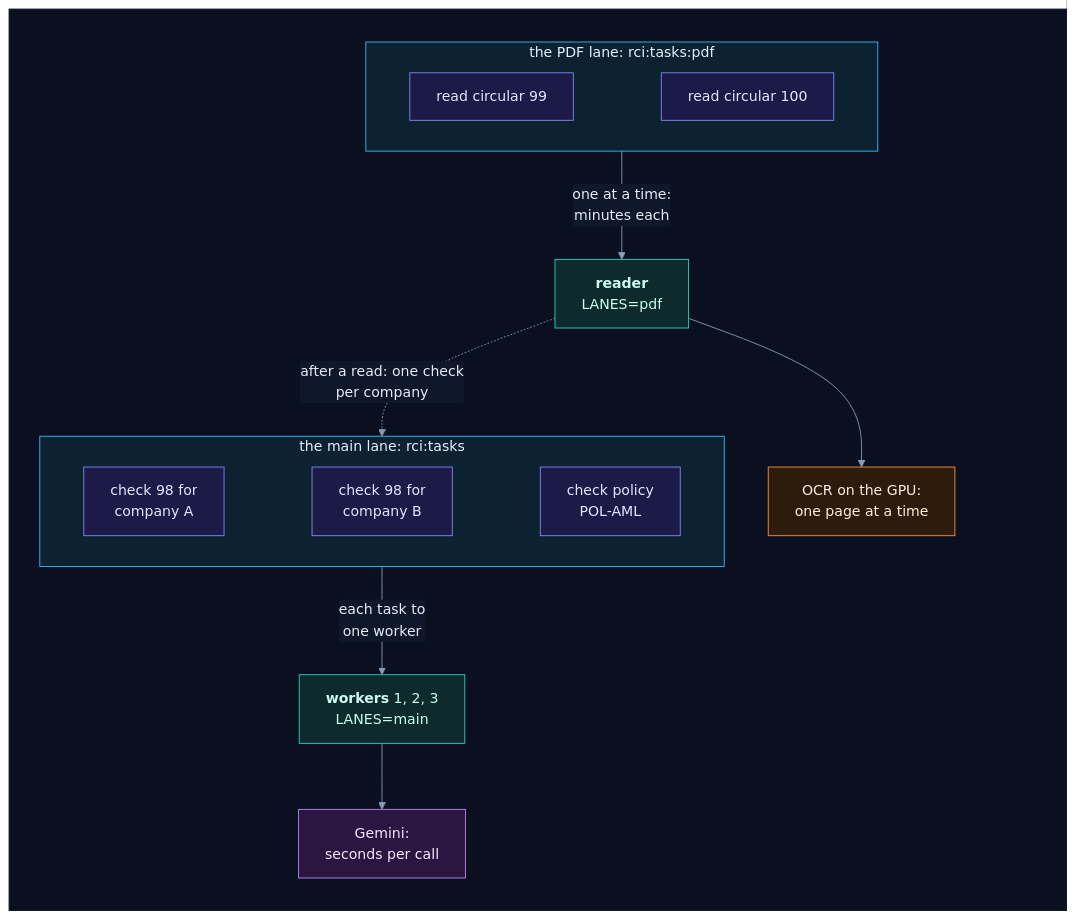
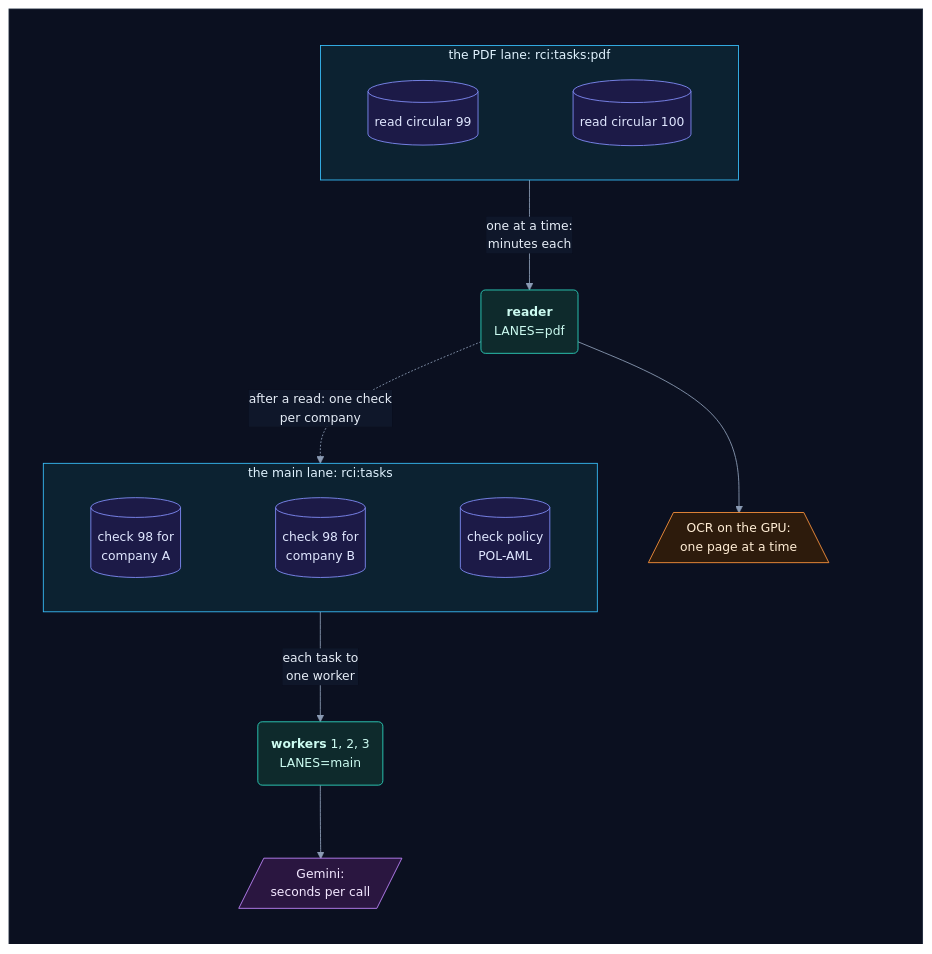
One commit to selvakumarperumal/Regulatory_Circular_Impact_Agent changed the seventh of 21 diagrams in how_the_worker_works.md. Above: the diagram before and after it, drawn with Mermaid. The commit also changed other lines of this file and 5 other files, not shown here.

Commit message:
Give the docs' flowcharts a shape per kind of part, more room and slightly smaller text

````diff
--- a/how_the_worker_works.md
+++ b/how_the_worker_works.md
@@ -544,38 +544,38 @@
 ```mermaid
-%%{init: {"theme": "base", "flowchart": {"diagramPadding": 0}, "themeVariables": {"darkMode": true, "primaryColor": "#16213a", "primaryTextColor": "#e6edf7", "primaryBorderColor": "#475a7a", "lineColor": "#8b9bb4", "secondaryColor": "#1b2436", "tertiaryColor": "#101a2e", "edgeLabelBackground": "#0f172a", "textColor": "#e2e8f0", "clusterBkg": "#0f1728", "clusterBorder": "#2b3a55", "titleColor": "#c4b5fd", "nodeTextColor": "#e6edf7"}}}%%
+%%{init: {"theme": "base", "flowchart": {"diagramPadding": 0, "nodeSpacing": 58, "rankSpacing": 58, "curve": "basis"}, "themeVariables": {"fontSize": "14px", "darkMode": true, "primaryColor": "#16213a", "primaryTextColor": "#e6edf7", "primaryBorderColor": "#475a7a", "lineColor": "#8b9bb4", "secondaryColor": "#1b2436", "tertiaryColor": "#101a2e", "edgeLabelBackground": "#0f172a", "textColor": "#e2e8f0", "clusterBkg": "#0f1728", "clusterBorder": "#2b3a55", "titleColor": "#c4b5fd", "nodeTextColor": "#e6edf7"}}}%%
 flowchart TD
     subgraph canvas[" "]
         direction TB
         subgraph pdf["the PDF lane: rci:tasks:pdf"]
             direction LR
-            p1["read circular 99"] ~~~ p2["read circular 100"]
+            p1[("read circular 99")] ~~~ p2[("read circular 100")]
         end
         subgraph main["the main lane: rci:tasks"]
             direction LR
-            m1["check 98 for<br/>company A"] ~~~ m2["check 98 for<br/>company B"]
-            m2 ~~~ m3["check policy<br/>POL-AML"]
+            m1[("check 98 for<br/>company A")] ~~~ m2[("check 98 for<br/>company B")]
+            m2 ~~~ m3[("check policy<br/>POL-AML")]
         end
-        pdf -->|"one at a time:<br/>minutes each"| R["<b>reader</b><br/>LANES=pdf"]
-        R --> O["OCR on the GPU:<br/>one page at a time"]
-        main -->|"each task to<br/>one worker"| K["<b>workers</b> 1, 2, 3<br/>LANES=main"]
-        K --> G["Gemini:<br/>seconds per call"]
+        pdf -->|"one at a time:<br/>minutes each"| R("<b>reader</b><br/>LANES=pdf")
+        R --> O[/"OCR on the GPU:<br/>one page at a time"\]
+        main -->|"each task to<br/>one worker"| K("<b>workers</b> 1, 2, 3<br/>LANES=main")
+        K --> G[/"Gemini:<br/>seconds per call"/]
         R -.->|"after a read: one check<br/>per company"| main
     end
     classDef svc fill:#0e2a2c,stroke:#2dd4bf,color:#ccfbf1
     classDef data fill:#1c1a47,stroke:#818cf8,color:#e0e7ff
     classDef ext fill:#2a1640,stroke:#c084fc,color:#f3e8ff
     classDef gpu fill:#2d1b0c,stroke:#fb923c,color:#ffedd5
     classDef ask fill:#2a2410,stroke:#fbbf24,color:#fef3c7
     classDef ok fill:#0b2a1c,stroke:#34d399,color:#d1fae5
     classDef bad fill:#2e0f17,stroke:#fb7185,color:#ffe4e6
     classDef start fill:#1c2a0e,stroke:#a7ef6f,color:#ecfccb
     classDef muted fill:#1a2130,stroke:#64748b,color:#cbd5e1
     classDef queue fill:#0c2231,stroke:#38bdf8,color:#e0f2fe
     class p1,p2,m1,m2,m3 data
     class R,K svc
     class O gpu
     class G ext
     style pdf fill:#0c2231,stroke:#38bdf8,color:#e0f2fe
     style main fill:#0c2231,stroke:#38bdf8,color:#e0f2fe
     style canvas fill:#0b1020,stroke:#1e293b,color:#0b1020
 ```
````
